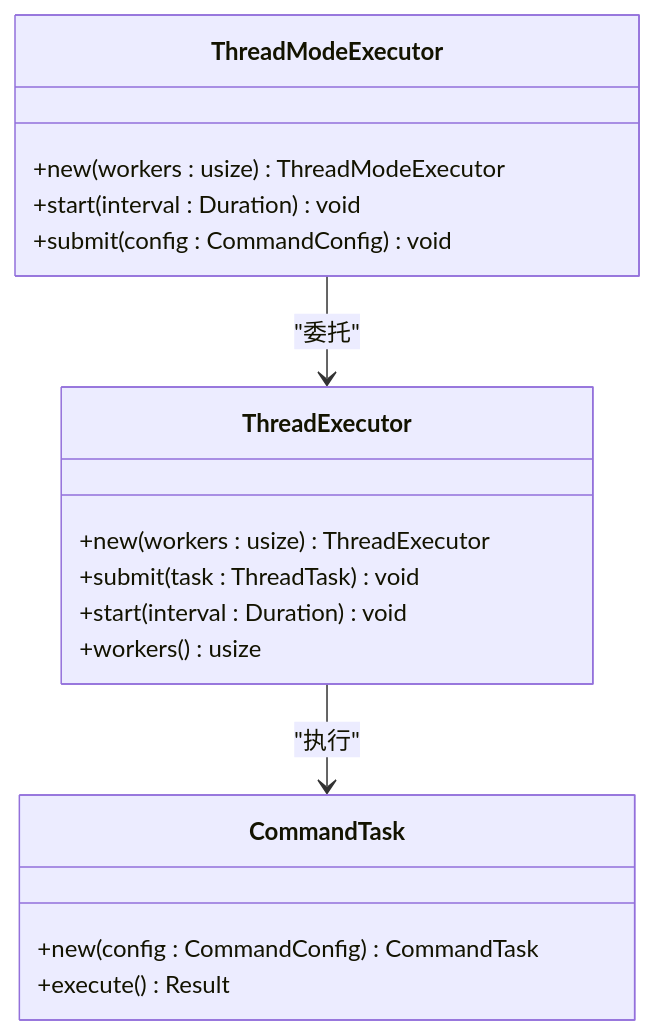
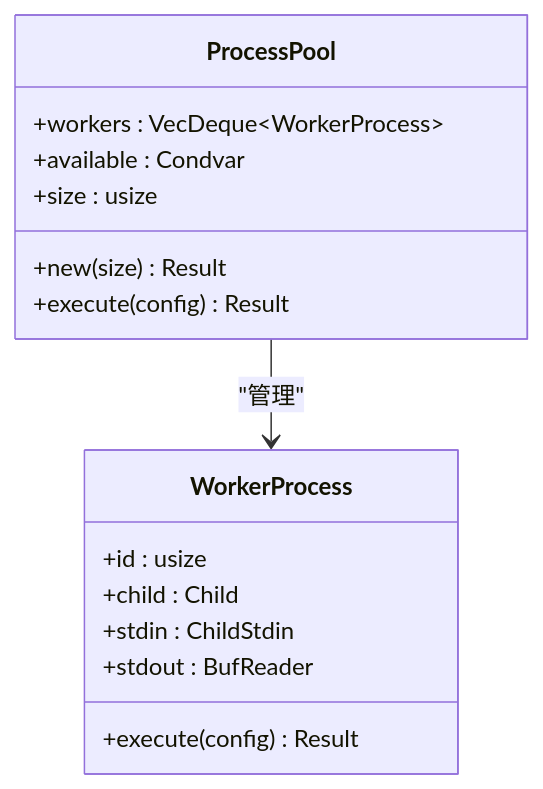
Before and after one commit to xcry2006/execute: the seventh of 10 diagrams in .qoder/repowiki/zh/content/并发控制机制.md, drawn with Mermaid. The commit also changed other lines of this file and 9 other files, not shown here.

````diff
--- a/.qoder/repowiki/zh/content/并发控制机制.md
+++ b/.qoder/repowiki/zh/content/并发控制机制.md
@@ -249,20 +309,18 @@
 ```mermaid
 classDiagram
-class ThreadExecutor {
-+new(workers : usize) ThreadExecutor
-+submit(task : ThreadTask) void
-+start(interval : Duration) void
-+workers() usize
+class WorkerProcess {
++id : usize
++child : Child
++stdin : ChildStdin
++stdout : BufReader
++execute(config) Result
 }
-class ThreadModeExecutor {
-+new(workers : usize) ThreadModeExecutor
-+start(interval : Duration) void
-+submit(config : CommandConfig) void
+class ProcessPool {
++workers : VecDeque~WorkerProcess~
++available : Condvar
++size : usize
++new(size) Result
++execute(config) Result
 }
-class CommandTask {
-+new(config : CommandConfig) CommandTask
-+execute() Result
-}
-ThreadModeExecutor --> ThreadExecutor : "委托"
-ThreadExecutor --> CommandTask : "执行"
+ProcessPool --> WorkerProcess : "管理"
 ```
````
